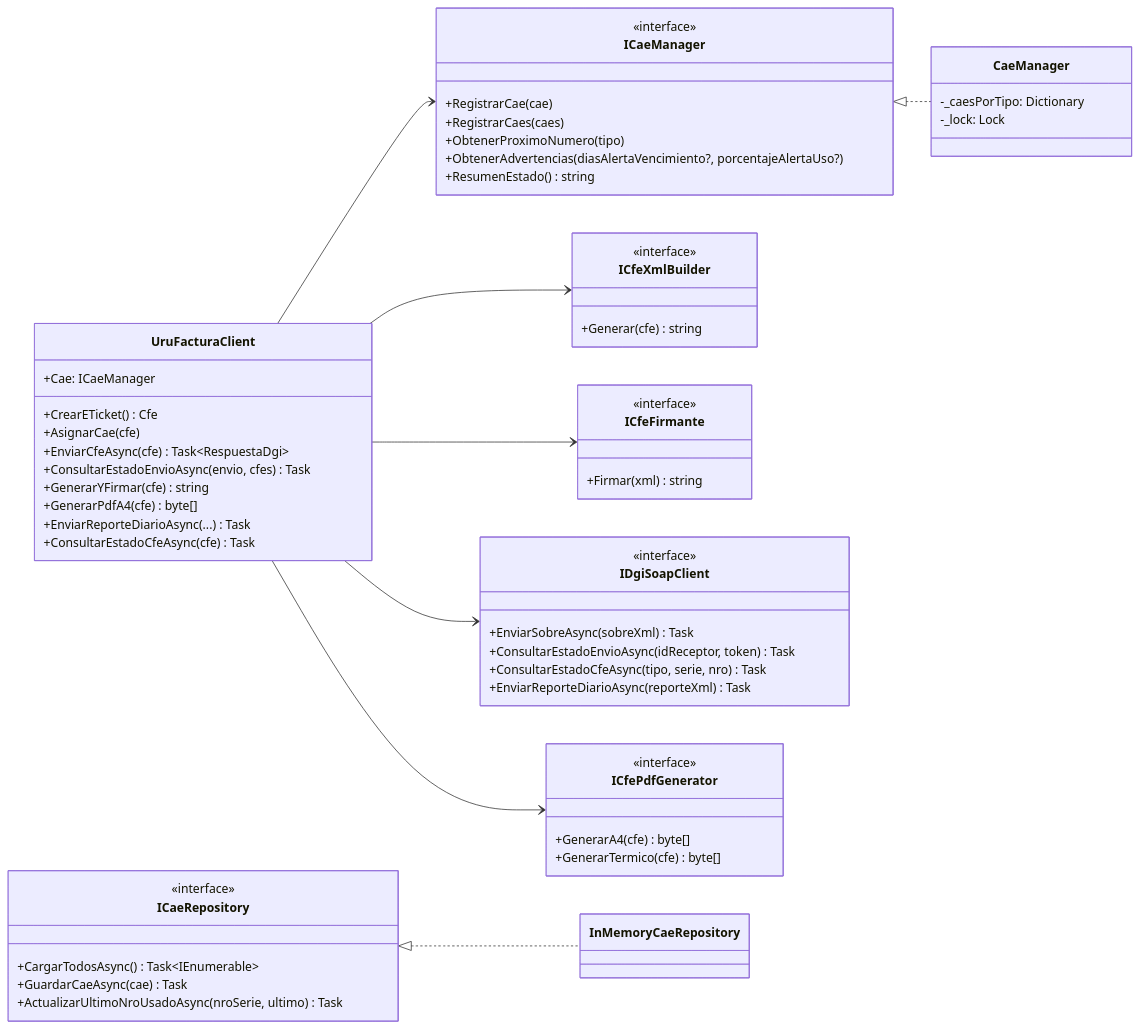
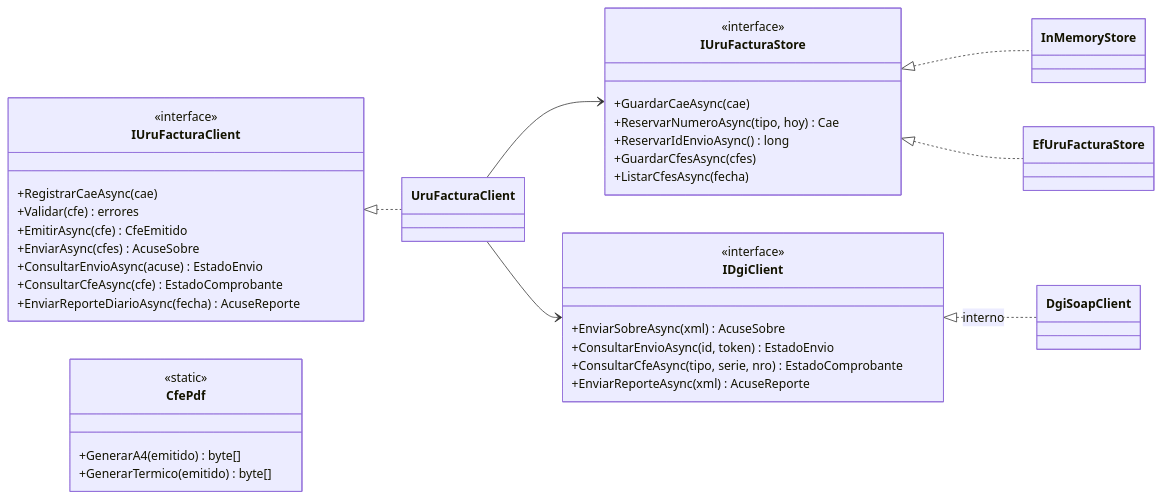
One commit to MathiasGonzalez/UruFactura changed the seventh of 7 diagrams in landing/src/content/docs/guides/workflows.mdx. Above: the diagram before and after it, drawn with Mermaid. The commit also changed other lines of this file and 132 other files, not shown here.

First line of the commit message:
UruFactura 2.0: API simplificada y documentación alineada con el código

````diff
--- a/landing/src/content/docs/guides/workflows.mdx
+++ b/landing/src/content/docs/guides/workflows.mdx
@@ -176,72 +165,45 @@
 ```mermaid
 classDiagram
     direction LR
 
-    class UruFacturaClient {
-        +Cae: ICaeManager
-        +CrearETicket() Cfe
-        +AsignarCae(cfe)
-        +EnviarCfeAsync(cfe) Task~RespuestaDgi~
-        +ConsultarEstadoEnvioAsync(envio, cfes) Task
-        +GenerarYFirmar(cfe) string
-        +GenerarPdfA4(cfe) byte[]
-        +EnviarReporteDiarioAsync(...) Task
-        +ConsultarEstadoCfeAsync(cfe) Task
+    class IUruFacturaClient {
+        <<interface>>
+        +RegistrarCaeAsync(cae)
+        +Validar(cfe) errores
+        +EmitirAsync(cfe) CfeEmitido
+        +EnviarAsync(cfes) AcuseSobre
+        +ConsultarEnvioAsync(acuse) EstadoEnvio
+        +ConsultarCfeAsync(cfe) EstadoComprobante
+        +EnviarReporteDiarioAsync(fecha) AcuseReporte
     }
 
-    class ICaeManager {
+    class IUruFacturaStore {
         <<interface>>
-        +RegistrarCae(cae)
-        +RegistrarCaes(caes)
-        +ObtenerProximoNumero(tipo)
-        +ObtenerAdvertencias(diasAlertaVencimiento?, porcentajeAlertaUso?)
-        +ResumenEstado() string
+        +GuardarCaeAsync(cae)
+        +ReservarNumeroAsync(tipo, hoy) Cae
+        +ReservarIdEnvioAsync() long
+        +GuardarCfesAsync(cfes)
+        +ListarCfesAsync(fecha)
     }
 
-    class ICfeXmlBuilder {
+    class IDgiClient {
         <<interface>>
-        +Generar(cfe) string
+        +EnviarSobreAsync(xml) AcuseSobre
+        +ConsultarEnvioAsync(id, token) EstadoEnvio
+        +ConsultarCfeAsync(tipo, serie, nro) EstadoComprobante
+        +EnviarReporteAsync(xml) AcuseReporte
     }
 
-    class ICfeFirmante {
-        <<interface>>
-        +Firmar(xml) string
+    class CfePdf {
+        <<static>>
+        +GenerarA4(emitido) byte[]
+        +GenerarTermico(emitido) byte[]
     }
 
-    class IDgiSoapClient {
-        <<interface>>
-        +EnviarSobreAsync(sobreXml) Task
-        +ConsultarEstadoEnvioAsync(idReceptor, token) Task
-        +ConsultarEstadoCfeAsync(tipo, serie, nro) Task
-        +EnviarReporteDiarioAsync(reporteXml) Task
-    }
-
-    class ICfePdfGenerator {
-        <<interface>>
-        +GenerarA4(cfe) byte[]
-        +GenerarTermico(cfe) byte[]
-    }
-
-    class ICaeRepository {
-        <<interface>>
-        +CargarTodosAsync() Task~IEnumerable~
-        +GuardarCaeAsync(cae) Task
-        +ActualizarUltimoNroUsadoAsync(nroSerie, ultimo) Task
-    }
-
-    class CaeManager {
-        -_caesPorTipo: Dictionary
-        -_lock: Lock
-    }
-
-    class InMemoryCaeRepository
-
-    UruFacturaClient --> ICaeManager
-    UruFacturaClient --> ICfeXmlBuilder
-    UruFacturaClient --> ICfeFirmante
-    UruFacturaClient --> IDgiSoapClient
-    UruFacturaClient --> ICfePdfGenerator
-
-    ICaeManager <|.. CaeManager
-    ICaeRepository <|.. InMemoryCaeRepository
+    IUruFacturaClient <|.. UruFacturaClient
+    UruFacturaClient --> IUruFacturaStore
+    UruFacturaClient --> IDgiClient
+    IUruFacturaStore <|.. InMemoryStore
+    IUruFacturaStore <|.. EfUruFacturaStore
+    IDgiClient <|.. DgiSoapClient : interno
 ```
````
